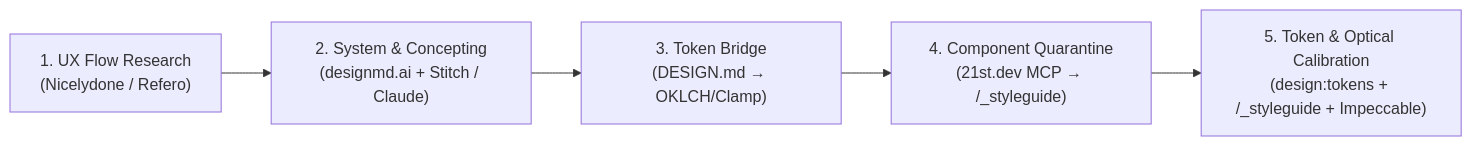
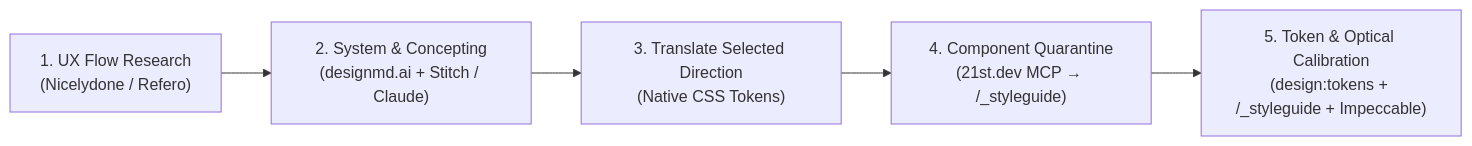
One commit to Vermeulen-Solutions/baseline changed the diagram in docs/design-interchange.md. Above: the diagram before and after it, drawn with Mermaid. The commit also changed other lines of this file and 46 other files, not shown here.

Commit message:
Add site update workflow and prepared-media tooling; retire design bridge

````diff
--- a/docs/design-interchange.md
+++ b/docs/design-interchange.md
@@ -16,7 +24,7 @@
 ```mermaid
 flowchart LR
     S1["1. UX Flow Research<br/>(Nicelydone / Refero)"] --> S2["2. System & Concepting<br/>(designmd.ai + Stitch / Claude)"]
-    S2 --> S3["3. Token Bridge<br/>(DESIGN.md → OKLCH/Clamp)"]
+    S2 --> S3["3. Translate Selected Direction<br/>(Native CSS Tokens)"]
     S3 --> S4["4. Component Quarantine<br/>(21st.dev MCP → /_styleguide)"]
     S4 --> S5["5. Token & Optical Calibration<br/>(design:tokens + /_styleguide + Impeccable)"]
 ```
````
